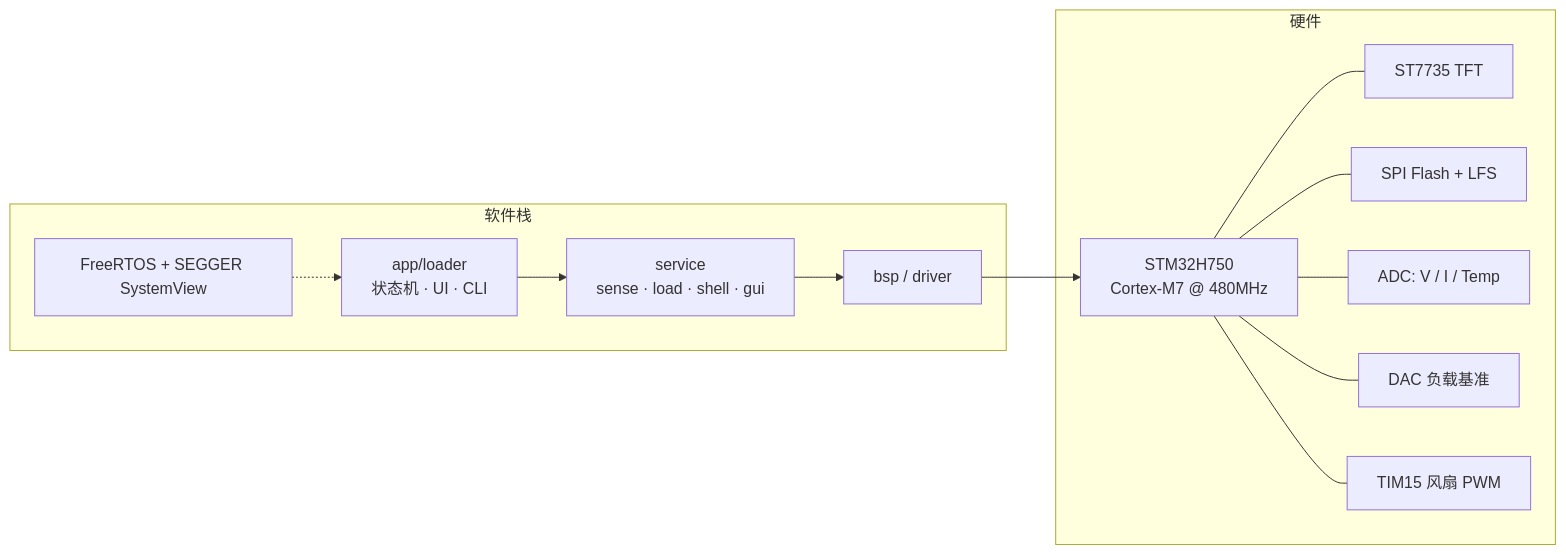
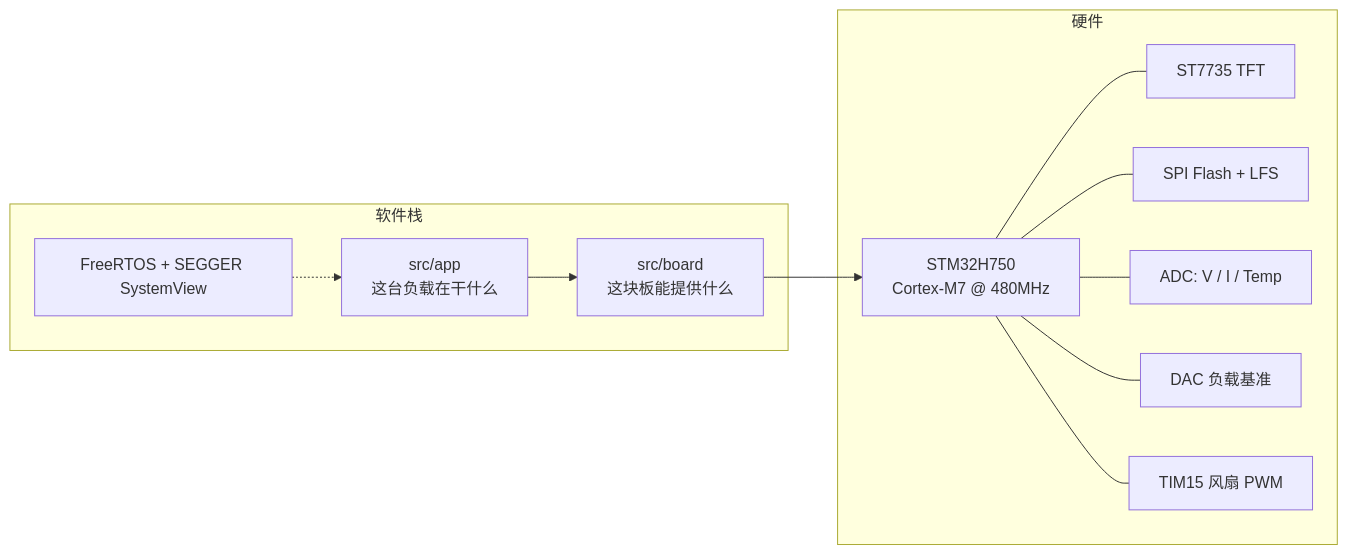
Before and after one commit to 4ImL3sSb0T/BaseFramework: the first of 11 diagrams in README.md, drawn with Mermaid. The commit also changed other lines of this file and 291 other files, not shown here.

````diff
--- a/README.md
+++ b/README.md
@@ -6,22 +6,21 @@
 ```mermaid
 flowchart LR
   subgraph HW[硬件]
     MCU[STM32H750<br/>Cortex-M7 @ 480MHz]
     TFT[ST7735 TFT]
     FLASH[SPI Flash + LFS]
     SENSE[ADC: V / I / Temp]
     DAC[DAC 负载基准]
     FAN[TIM15 风扇 PWM]
   end
 
   subgraph SW[软件栈]
-    APP[app/loader<br/>状态机 · UI · CLI]
-    SVC[service<br/>sense · load · shell · gui]
-    BSP[bsp / driver]
+    APP[src/app<br/>这台负载在干什么]
+    BOARD[src/board<br/>这块板能提供什么]
     RTOS[FreeRTOS + SEGGER SystemView]
   end
 
   MCU --- TFT & FLASH & SENSE & DAC & FAN
-  APP --> SVC --> BSP --> MCU
+  APP --> BOARD --> MCU
   RTOS -.-> APP
 ```
````
